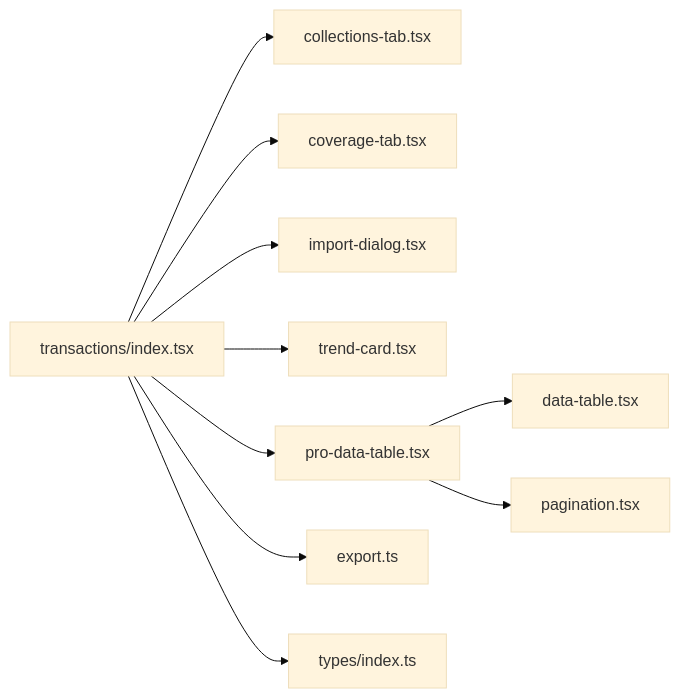
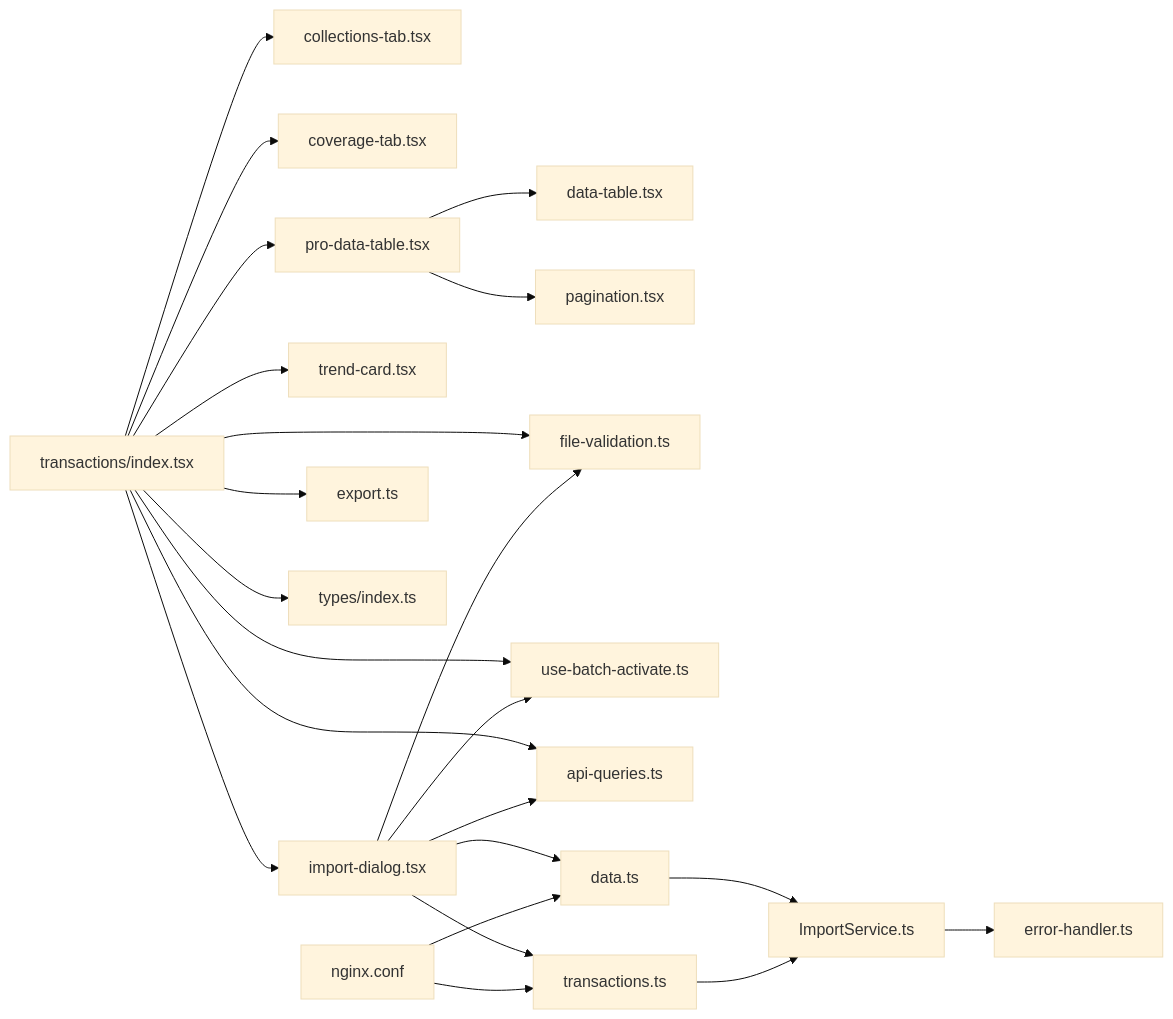
One commit to Damao997/newproject changed the third of 3 diagrams in .qoder/repowiki/zh/content/页面组件/交易记录页面/交易记录页面.md. Above: the diagram before and after it, drawn with Mermaid (base theme). The commit also changed other lines of this file and 24 other files, not shown here.

````diff
--- a/.qoder/repowiki/zh/content/页面组件/交易记录页面/交易记录页面.md
+++ b/.qoder/repowiki/zh/content/页面组件/交易记录页面/交易记录页面.md
@@ -307,12 +531,25 @@
 ```mermaid
 graph LR
 TX["transactions/index.tsx"] --> CT["collections-tab.tsx"]
 TX --> CVT["coverage-tab.tsx"]
 TX --> ID["import-dialog.tsx"]
 TX --> TC["trend-card.tsx"]
 TX --> PDT["pro-data-table.tsx"]
 PDT --> DT["data-table.tsx"]
 PDT --> PAG["pagination.tsx"]
 TX --> EXP["export.ts"]
+TX --> FV["file-validation.ts"]
+TX --> BA["use-batch-activate.ts"]
+TX --> AQ["api-queries.ts"]
 TX --> TYP["types/index.ts"]
+ID --> FV
+ID --> BA
+ID --> AQ
+ID --> DR["data.ts"]
+ID --> TR["transactions.ts"]
+DR --> IS["ImportService.ts"]
+TR --> IS
+IS --> EH["error-handler.ts"]
+NGINX["nginx.conf"] --> DR
+NGINX --> TR
 ```
````
